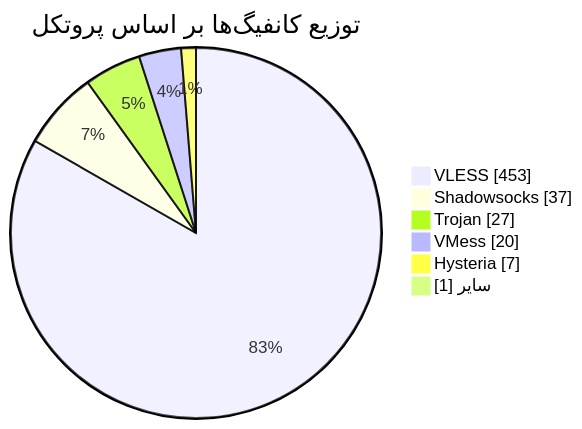
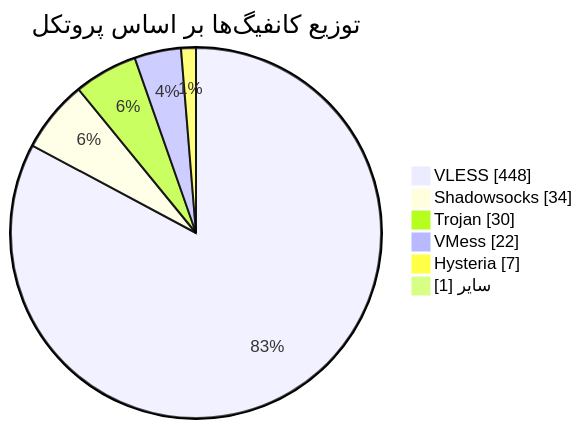
The diagram in README.md (Arian-Alijani/Somthing), drawn with Mermaid before and after one commit. The commit also changed other lines of this file and 81 other files, not shown here.

````diff
--- a/README.md
+++ b/README.md
@@ -48,10 +48,10 @@
 ```mermaid
 pie showData
     title توزیع کانفیگ‌ها بر اساس پروتکل
-    "VLESS" : 453
-    "Shadowsocks" : 37
-    "Trojan" : 27
-    "VMess" : 20
+    "VLESS" : 448
+    "Shadowsocks" : 34
+    "Trojan" : 30
+    "VMess" : 22
     "Hysteria" : 7
     "سایر" : 1
 ```
````
